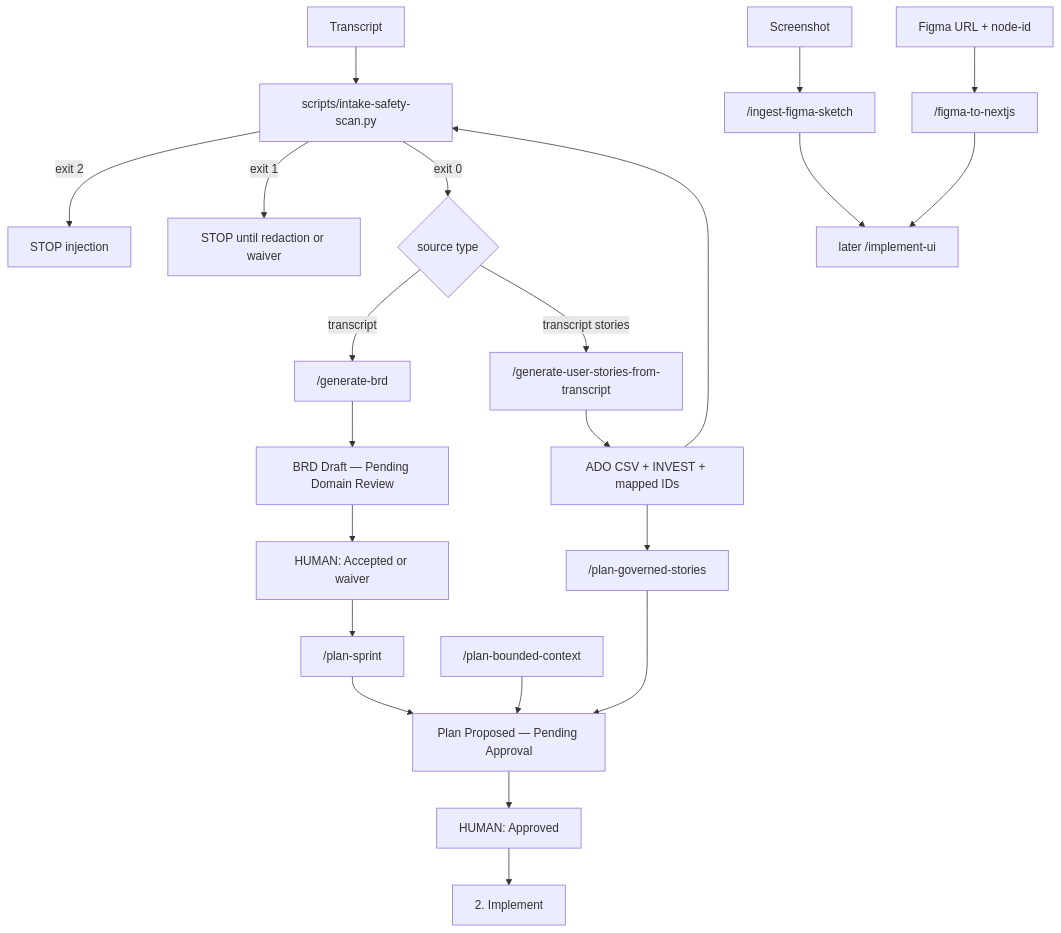
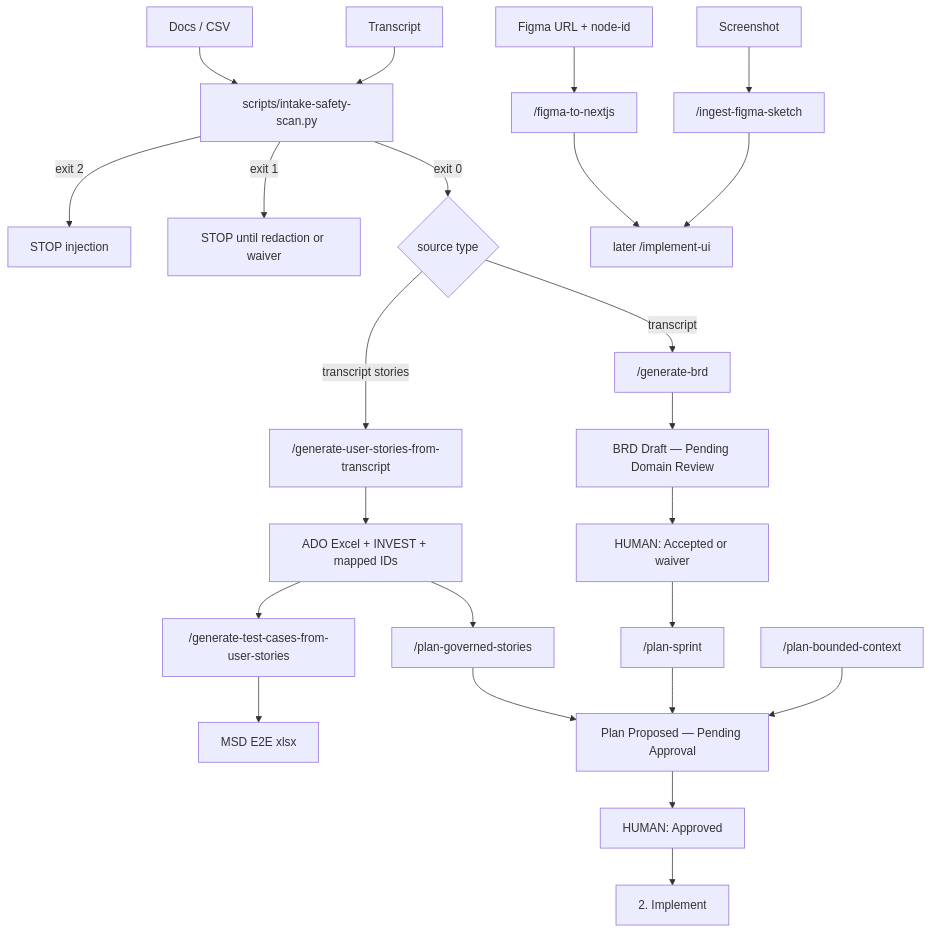
The diagram in docs/factory/pipeline-phases/01-intake-and-planning.md (HemanthUst2215/HEARTSTREAM), drawn with Mermaid before and after one commit. The commit also changed other lines of this file and 223 other files, not shown here.

Commit message:
feat: enhance user story generation, work item mapping, and MSD test case automation

````diff
--- a/docs/factory/pipeline-phases/01-intake-and-planning.md
+++ b/docs/factory/pipeline-phases/01-intake-and-planning.md
@@ -19,24 +20,26 @@
 ```mermaid
 flowchart TD
   rec["Transcript"] --> scan["scripts/intake-safety-scan.py"]
   csv["Docs / CSV"] --> scan
   scan -->|exit 2| stopI["STOP injection"]
   scan -->|exit 1| stopP["STOP until redaction or waiver"]
   scan -->|exit 0| branch{"source type"}
   branch -->|transcript| brd["/generate-brd"]
   branch -->|transcript stories| us["/generate-user-stories-from-transcript"]
   brd --> draft["BRD Draft — Pending Domain Review"]
   draft --> hg1["HUMAN: Accepted or waiver"]
   hg1 --> ps["/plan-sprint"]
-  us --> csv["ADO CSV + INVEST + mapped IDs"]
-  csv --> pgs["/plan-governed-stories"]
+  us --> usOut["ADO Excel + INVEST + mapped IDs"]
+  usOut --> msd["/generate-test-cases-from-user-stories"]
+  usOut --> pgs["/plan-governed-stories"]
+  msd --> msdXlsx["MSD E2E xlsx"]
   pbc["/plan-bounded-context"] --> proposed["Plan Proposed — Pending Approval"]
   ps --> proposed
   pgs --> proposed
   proposed --> hg2["HUMAN: Approved"]
   hg2 --> impl["2. Implement"]
   figS["Screenshot"] --> inS["/ingest-figma-sketch"]
   figU["Figma URL + node-id"] --> ds["/figma-to-nextjs"]
   inS --> uiLater["later /implement-ui"]
   ds --> uiLater
 ```
````
